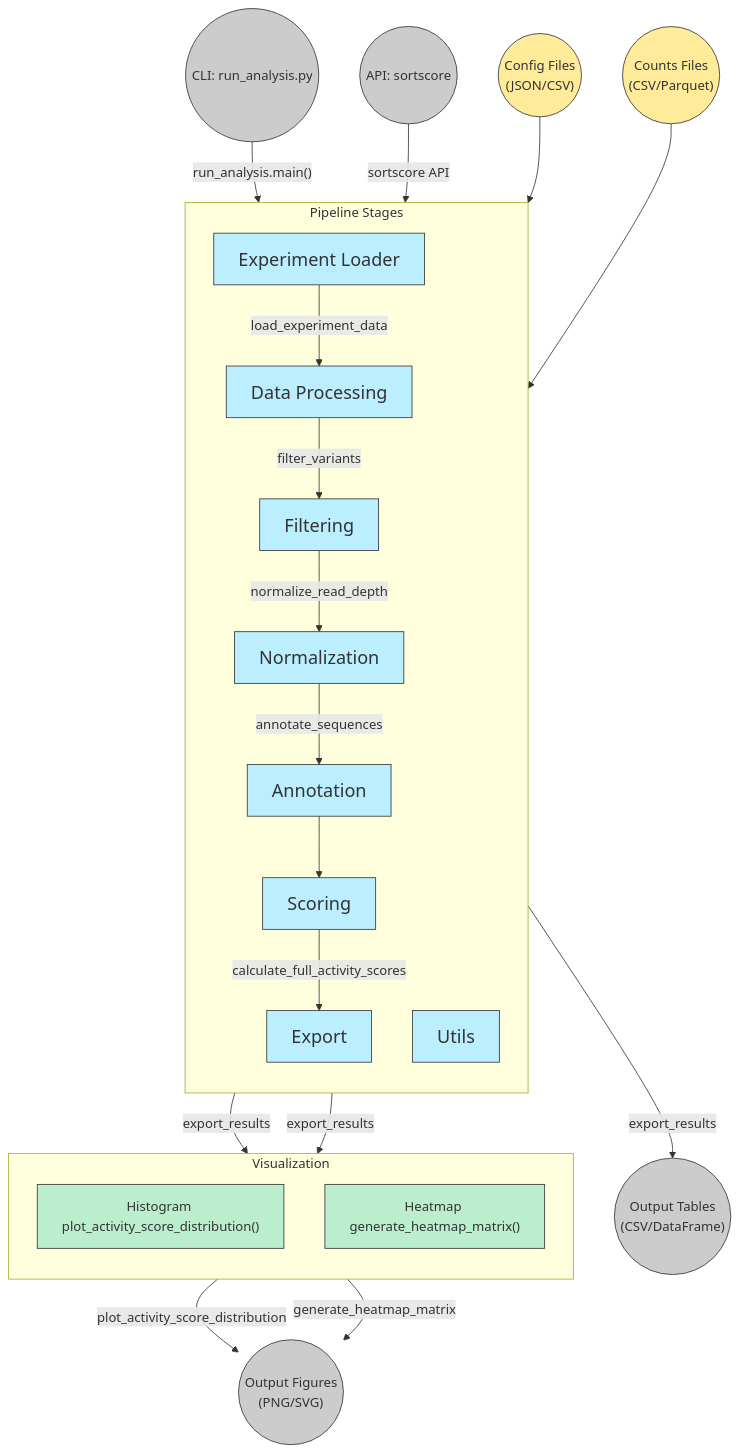
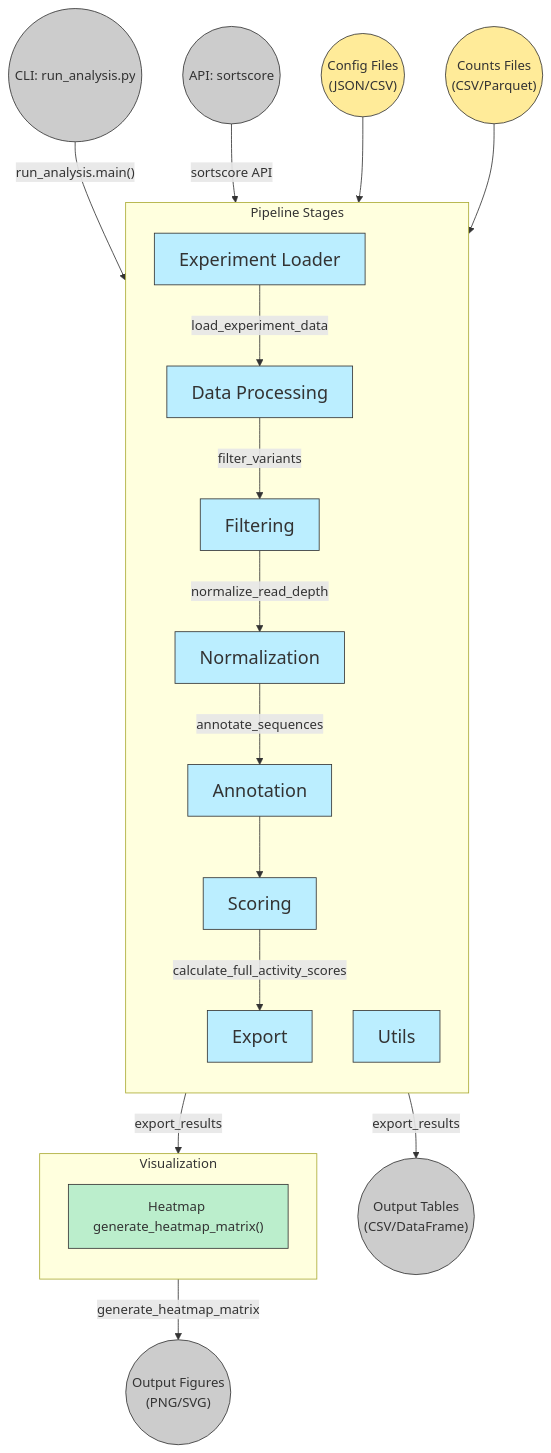
One commit to dbaldridge-lab/sortscore changed the diagram in eln/diagram.mmd. Above: the diagram before and after it, drawn with Mermaid. The commit also changed 7 other files, not shown here.

```diff
--- a/eln/diagram.mmd
+++ b/eln/diagram.mmd
@@ -1,83 +1,81 @@
 ---
 query: >+
   Syntax error in text: No diagram type detected matching given configuration
   for text:
 
 references:
   - "File: /eln/diagram.md"
-generationTime: 2025-07-17T21:31:08.396Z
+generationTime: 2025-07-22T19:24:06.011Z
 ---
 %%{init: { 'themeVariables': { 'subgraphTitleFontSize': '28px' } }}%%
 flowchart TB
     %% Entry Points
     CLI(("CLI: run_analysis.py")):::entry
     API(("API: sortscore")):::entry
 
     %% Data Stores
     Config(("Config Files<br/>(JSON/CSV)")):::data
     RawData(("Counts Files<br/>(CSV/Parquet)")):::data
     
     %% Pipeline Stages
     subgraph "Pipeline Stages"
         direction TB
         EL["Experiment Loader"]:::pipelineStage
         DP["Data Processing"]:::pipelineStage
         FL["Filtering"]:::pipelineStage
         NM["Normalization"]:::pipelineStage
         AN["Annotation"]:::pipelineStage
         SC["Scoring"]:::pipelineStage
         EX["Export"]:::pipelineStage
         Utils["Utils"]:::pipelineStage
     end
 
     %% Visualization
     subgraph "Visualization" 
         direction TB
-        VD["Histogram plot_activity_score_distribution()"]:::viz
         VH["Heatmap generate_heatmap_matrix()"]:::viz
     end
 
     %% Outputs
     OF(("Output Figures<br/>(PNG/SVG)")):::entry
     OT(("Output Tables<br/>(CSV/DataFrame)")):::entry
 
     %% Main Flow
     CLI -->|"run_analysis.main()"| EL
     API -->|"sortscore API"| EL
     EL -->|"load_experiment_data"| DP
     DP -->|"filter_variants"| FL
     FL -->|"normalize_read_depth"| NM
     NM -->|"annotate_sequences"| AN
     AN --> SC
     SC -->|"calculate_full_activity_scores"| EX
-    EX -->|"export_results"| VD
     EX -->|"export_results"| VH
-    VD -->|"plot_activity_score_distribution"| OF
+  
     VH -->|"generate_heatmap_matrix"| OF
     EX -->|"export_results"| OT
 
     %% Data Inputs
     Config --> EL
     RawData --> EL
 
     %% Click Events
     click CLI "https://github.com/dbaldridge-lab/sortscore/blob/main/sortscore/run_analysis.py"
     click EL "https://github.com/dbaldridge-lab/sortscore/blob/main/sortscore/analysis/load_experiment.py"
     click AN "https://github.com/dbaldridge-lab/sortscore/blob/main/sortscore/analysis/annotation.py"
     click DP "https://github.com/dbaldridge-lab/sortscore/blob/main/sortscore/analysis/data_processing.py"
     click FL "https://github.com/dbaldridge-lab/sortscore/blob/main/sortscore/analysis/filtering.py"
     click NM "https://github.com/dbaldridge-lab/sortscore/blob/main/sortscore/analysis/normalize_read_depth.py"
     click SC "https://github.com/dbaldridge-lab/sortscore/blob/main/sortscore/analysis/score.py"
     click EX "https://github.com/dbaldridge-lab/sortscore/blob/main/sortscore/analysis/export.py"
     click VD "https://github.com/dbaldridge-lab/sortscore/blob/main/sortscore/visualization/plots.py"
     click VH "https://github.com/dbaldridge-lab/sortscore/blob/main/sortscore/visualization/heatmap_matrix.py"
     click Utils "https://github.com/dbaldridge-lab/sortscore/blob/main/sortscore/analysis/utils.py"
 
     %% Styles
     classDef entry fill:#cccccc,stroke:#333,stroke-width:1px
     classDef pipeline fill:#bbeeff,stroke:#333,stroke-width:1px
     classDef pipelineStage fill:#bbeeff,stroke:#333,stroke-width:1px,font-size:22px
     classDef viz fill:#bbeecc,stroke:#333,stroke-width:1px
     classDef data fill:#ffeb99,stroke:#333,stroke-width:1px
     classDef ext fill:none,stroke-dasharray: 5 5,stroke:#666,stroke-width:1px
     classDef test fill:#f9d5e5,stroke:#333,stroke-width:1px
```
